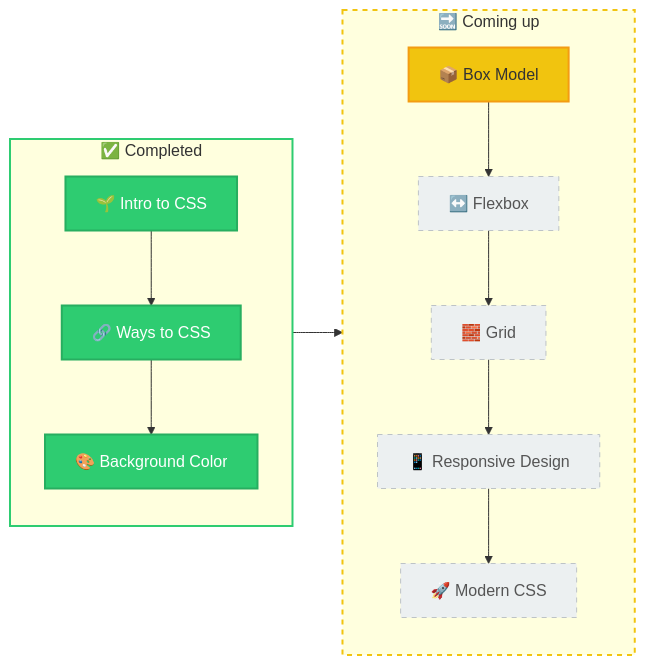
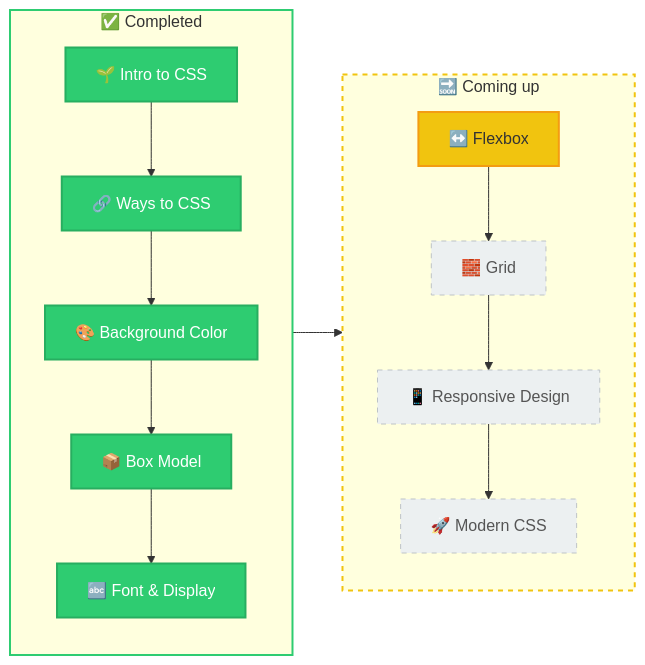
Before and after one commit to vinayakmishra4/Learning-CSS: the diagram in Readme.md, drawn with Mermaid. The commit also changed other lines of this file, not shown here.

````diff
--- a/Readme.md
+++ b/Readme.md
@@ -39,21 +37,21 @@
 ```mermaid
 flowchart LR
     subgraph DONE["✅ Completed"]
         direction TB
-        A["🌱 Intro to CSS"] --> B["🔗 Ways to CSS"] --> C["🎨 Background Color"]
+        A["🌱 Intro to CSS"] --> B["🔗 Ways to CSS"] --> C["🎨 Background Color"] --> D["📦 Box Model"] --> E["🔤 Font & Display"]
     end
     subgraph NEXT["🔜 Coming up"]
         direction TB
-        D["📦 Box Model"] --> E["↔️ Flexbox"] --> F["🧱 Grid"] --> G["📱 Responsive Design"] --> H["🚀 Modern CSS"]
+        F["↔️ Flexbox"] --> G["🧱 Grid"] --> H["📱 Responsive Design"] --> I["🚀 Modern CSS"]
     end
     DONE --> NEXT
 
     classDef done fill:#2ecc71,stroke:#27ae60,color:#ffffff,stroke-width:2px
     classDef next fill:#f1c40f,stroke:#f39c12,color:#333333,stroke-width:2px
     classDef todo fill:#ecf0f1,stroke:#bdc3c7,color:#555555,stroke-dasharray:5 5
-    class A,B,C done
-    class D next
-    class E,F,G,H todo
+    class A,B,C,D,E done
+    class F next
+    class G,H,I todo
     style DONE stroke:#2ecc71,stroke-width:2px
     style NEXT stroke:#f1c40f,stroke-width:2px,stroke-dasharray:5 5
 ```
````
